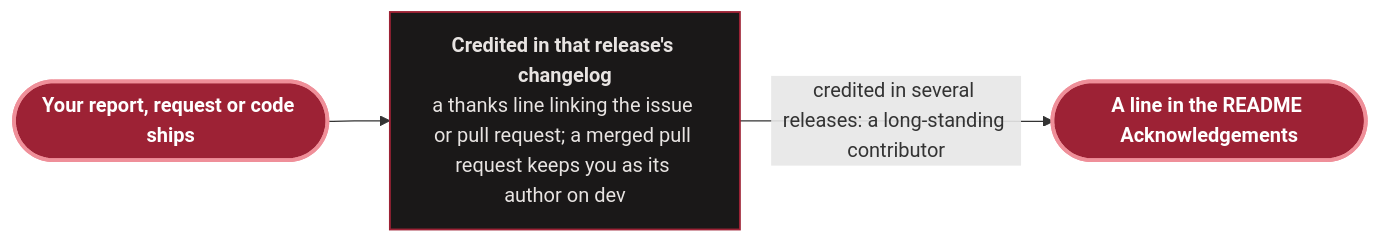
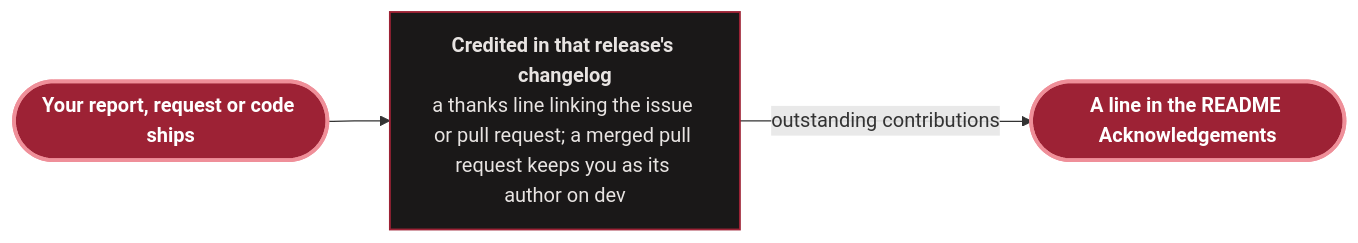
Before and after one commit to monbooru/monbooru: the eighth of 8 diagrams in CONTRIBUTING.md, drawn with Mermaid. The commit also changed other lines of this file and 229 other files, not shown here.

````diff
--- a/CONTRIBUTING.md
+++ b/CONTRIBUTING.md
@@ -304,21 +307,21 @@
 ```mermaid
 ---
 config:
   layout: dagre
   flowchart:
     wrappingWidth: 220
 ---
 flowchart LR
     ship(["`**Your report, request or code ships**`"]) --> log["`**Credited in that release's changelog**
     a thanks line linking the issue or pull request; a merged pull request keeps you as its author on dev`"]
-    log -->|"credited in several releases: a long-standing contributor"| ack(["`**A line in the README Acknowledgements**`"])
+    log -->|"outstanding contributions"| ack(["`**A line in the README Acknowledgements**`"])
 
     class ship,ack hub;
     class log step;
 
     classDef hub  fill:#9d2235,stroke:#ef8f99,stroke-width:3px,color:#ffffff;
     classDef case fill:#3a161c,stroke:#ef8f99,stroke-width:1.5px,color:#ffffff;
     classDef step fill:#1a1818,stroke:#9d2235,stroke-width:1.5px,color:#e8e4e2;
     classDef ask  fill:#1a1818,stroke:#a09898,stroke-width:1px,stroke-dasharray:4 3,color:#e8e4e2;
     classDef repo fill:#1a1818,stroke:#a09898,stroke-width:1px,color:#a09898;
 ```
````
